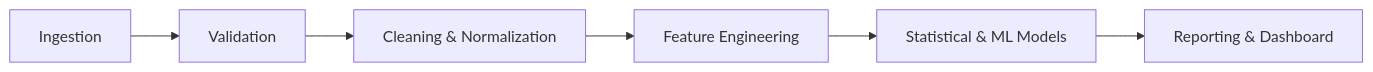
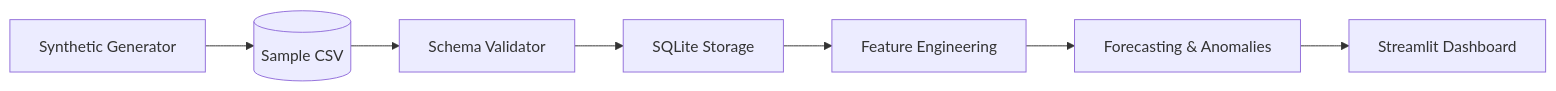
Before and after one commit to AkashDas-AI/Expense-Tracker-App-using-Data-Science: the diagram in docs/METHODOLOGY.md, drawn with Mermaid. The commit also changed other lines of this file and 8 other files, not shown here.

Commit message:
feat(models): implement isolation forest anomaly detection and time-series forecasting

````diff
--- a/docs/METHODOLOGY.md
+++ b/docs/METHODOLOGY.md
@@ -10,8 +11,9 @@
 ```mermaid
 flowchart LR
-    Ingest[Ingestion] --> Validation[Validation]
-    Validation --> Cleaning[Cleaning & Normalization]
-    Cleaning --> FeatureEng[Feature Engineering]
-    FeatureEng --> Modeling[Statistical & ML Models]
-    Modeling --> Analytics[Reporting & Dashboard]
+    Generation[Synthetic Generator] --> CSV[(Sample CSV)]
+    CSV --> Validation[Schema Validator]
+    Validation --> Database[SQLite Storage]
+    Database --> FeatureEng[Feature Engineering]
+    FeatureEng --> Modeling[Forecasting & Anomalies]
+    Modeling --> Dashboard[Streamlit Dashboard]
 ```
````
